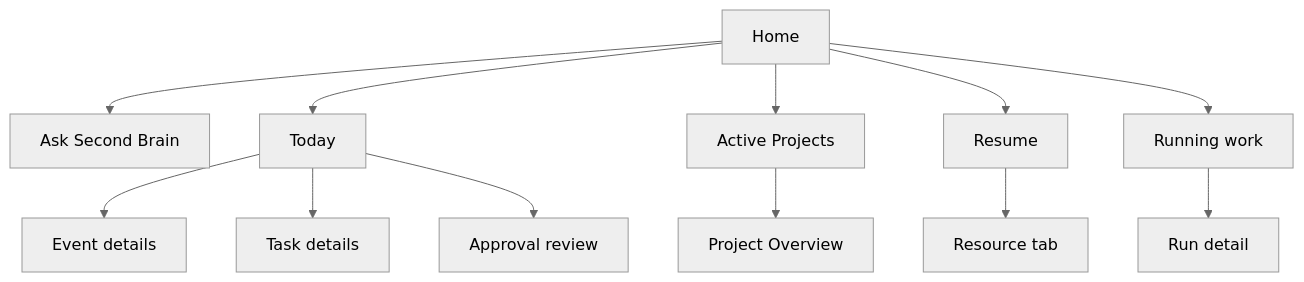
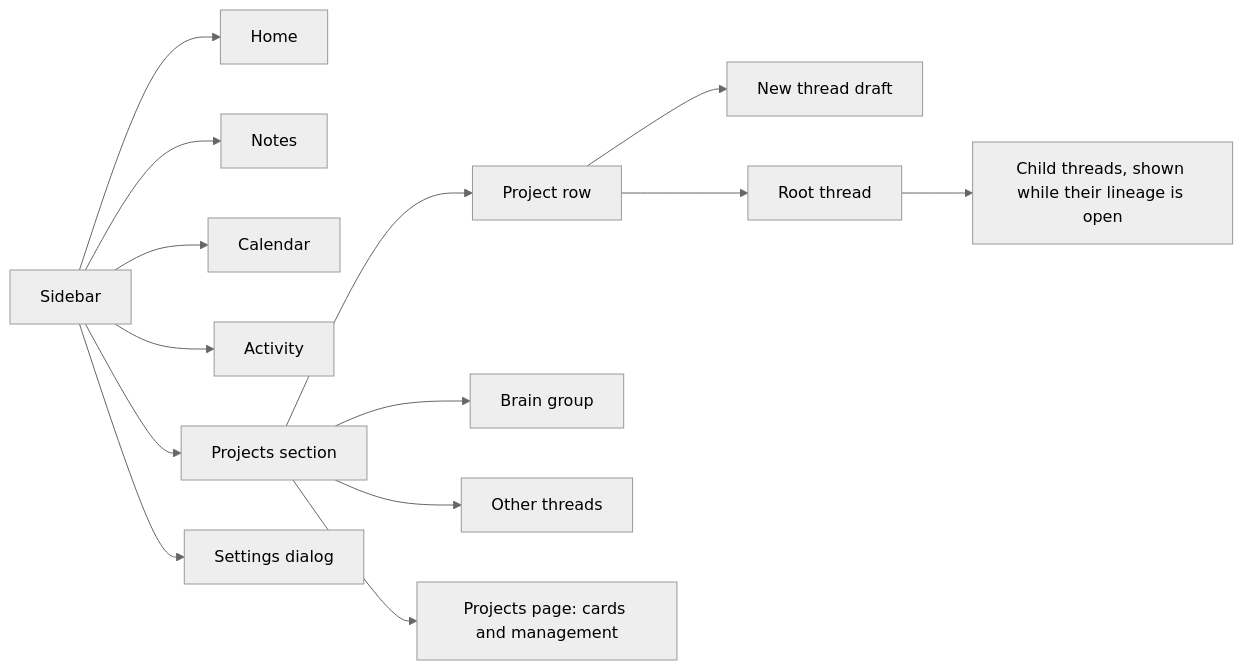
One commit to ToRRIIDeR97/Second-Brain-OS changed the diagram in docs/product/NAVIGATION-MAP-V1.md. Above: the diagram before and after it, drawn with Mermaid (neutral theme). The commit also changed other lines of this file and 7 other files, not shown here.

First line of the commit message:
docs: sidebar-only navigation map, architecture and agent rules

````diff
--- a/docs/product/NAVIGATION-MAP-V1.md
+++ b/docs/product/NAVIGATION-MAP-V1.md
@@ -114,15 +16,17 @@
 ```mermaid
-flowchart TD
-    Home[Home] --> Ask[Ask Second Brain]
-    Home --> Today[Today]
-    Home --> ActiveProjects[Active Projects]
-    Home --> Resume[Resume]
-    Home --> Running[Running work]
+flowchart LR
+    Sidebar[Sidebar] --> Home[Home]
+    Sidebar --> Notes[Notes]
+    Sidebar --> Calendar[Calendar]
+    Sidebar --> Activity[Activity]
+    Sidebar --> Projects[Projects section]
+    Sidebar --> Settings[Settings dialog]
 
-    Today --> Event[Event details]
-    Today --> Task[Task details]
-    Today --> Approval[Approval review]
-    ActiveProjects --> Project[Project Overview]
-    Resume --> Resource[Resource tab]
-    Running --> Run[Run detail]
+    Projects --> Project[Project row]
+    Project --> NewThread[New thread draft]
+    Project --> Thread[Root thread]
+    Thread --> Child[Child threads, shown while their lineage is open]
+    Projects --> Brain[Brain group]
+    Projects --> Other[Other threads]
+    Projects --> Cards[Projects page: cards and management]
 ```
````
